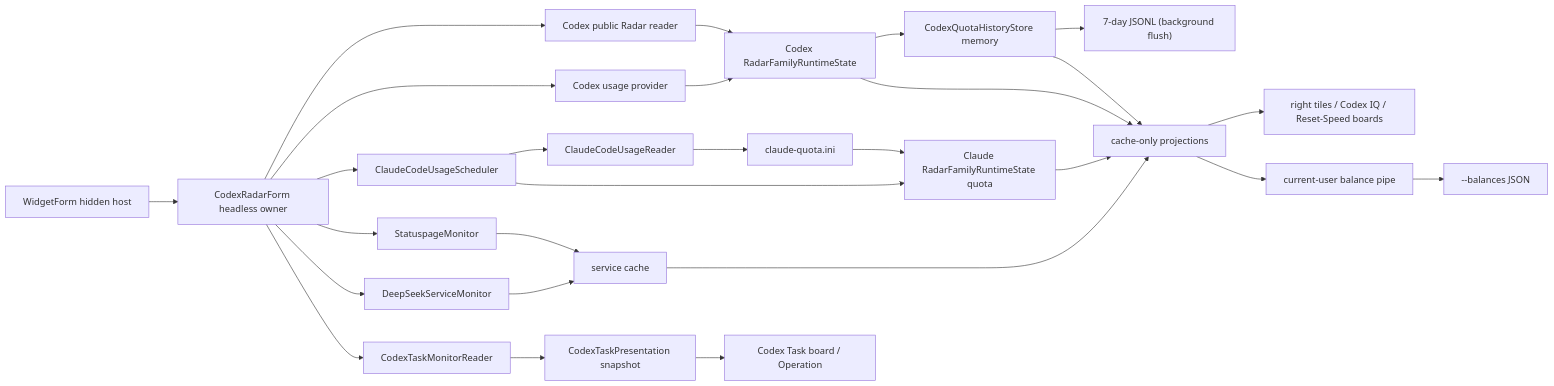
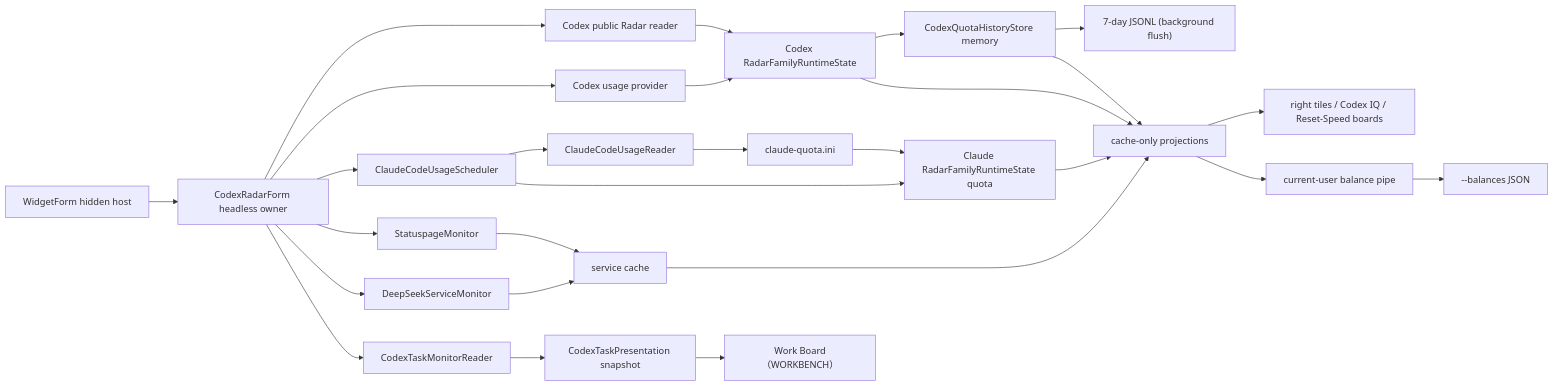
One commit to AFT-Sakee01/DesktopCodexAssistant changed the diagram in Docs/CodexRadar-Architecture.md. Above: the diagram before and after it, drawn with Mermaid. The commit also changed other lines of this file and 26 other files, not shown here.

````diff
--- a/Docs/CodexRadar-Architecture.md
+++ b/Docs/CodexRadar-Architecture.md
@@ -47,29 +47,29 @@
 ```mermaid
 flowchart LR
     A["WidgetForm hidden host"] --> B["CodexRadarForm headless owner"]
     B --> C["Codex public Radar reader"]
     B --> D["Codex usage provider"]
     B --> E["ClaudeCodeUsageScheduler"]
     E --> F["ClaudeCodeUsageReader"]
     F --> G["claude-quota.ini"]
     B --> H["StatuspageMonitor"]
     B --> I["DeepSeekServiceMonitor"]
     B --> J["CodexTaskMonitorReader"]
     C --> K["Codex RadarFamilyRuntimeState"]
     D --> K
     E --> L["Claude RadarFamilyRuntimeState quota"]
     G --> L
     H --> M["service cache"]
     I --> M
     K --> R["CodexQuotaHistoryStore memory"]
     R --> S["7-day JSONL (background flush)"]
     K --> N["cache-only projections"]
     R --> N
     L --> N
     M --> N
     J --> O["CodexTaskPresentation snapshot"]
     N --> P["right tiles / Codex IQ / Reset-Speed boards"]
     N --> T["current-user balance pipe"]
     T --> U["--balances JSON"]
-    O --> Q["Codex Task board / Operation"]
+    O --> Q["Work Board（WORKBENCH）"]
 ```
````
